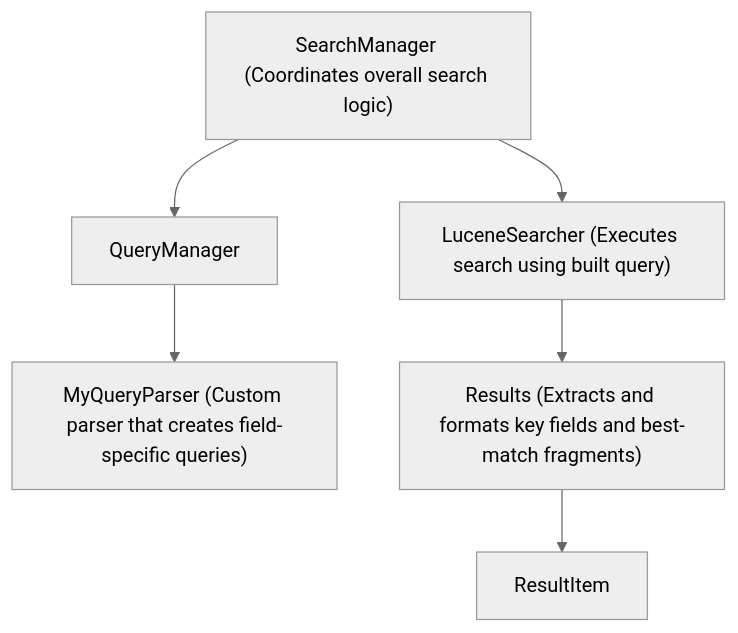
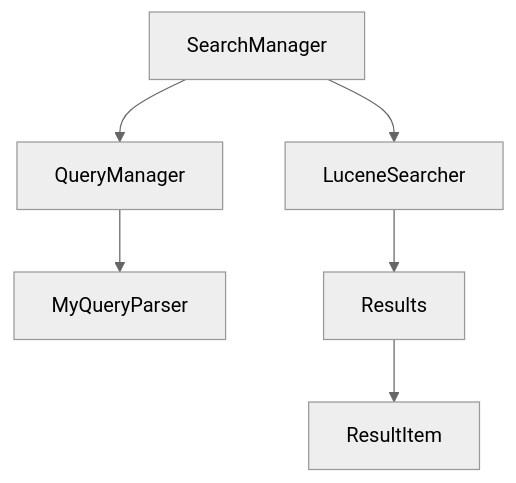
The diagram in README.md (Daniel-Seredensky/LuceneSearcher), drawn with Mermaid (neutral theme) before and after one commit.

Commit message:
Update ReadM

````diff
--- a/README.md
+++ b/README.md
@@ -104,15 +104,15 @@
 ```mermaid 
 flowchart TD
-    SM["SearchManager (Coordinates overall search logic)"]
+    SM["SearchManager"]
     QM["QueryManager"]
-    MP["MyQueryParser (Custom parser that creates field-specific queries)"]
-    LS["LuceneSearcher (Executes search using built query)"]
-    R["Results (Extracts and formats key fields and best-match fragments)"]
+    MP["MyQueryParser"]
+    LS["LuceneSearcher"]
+    R["Results"]
     RI["ResultItem"]
     
     SM --> QM
     SM --> LS
     QM --> MP
     LS --> R
     R --> RI
 ```
````
